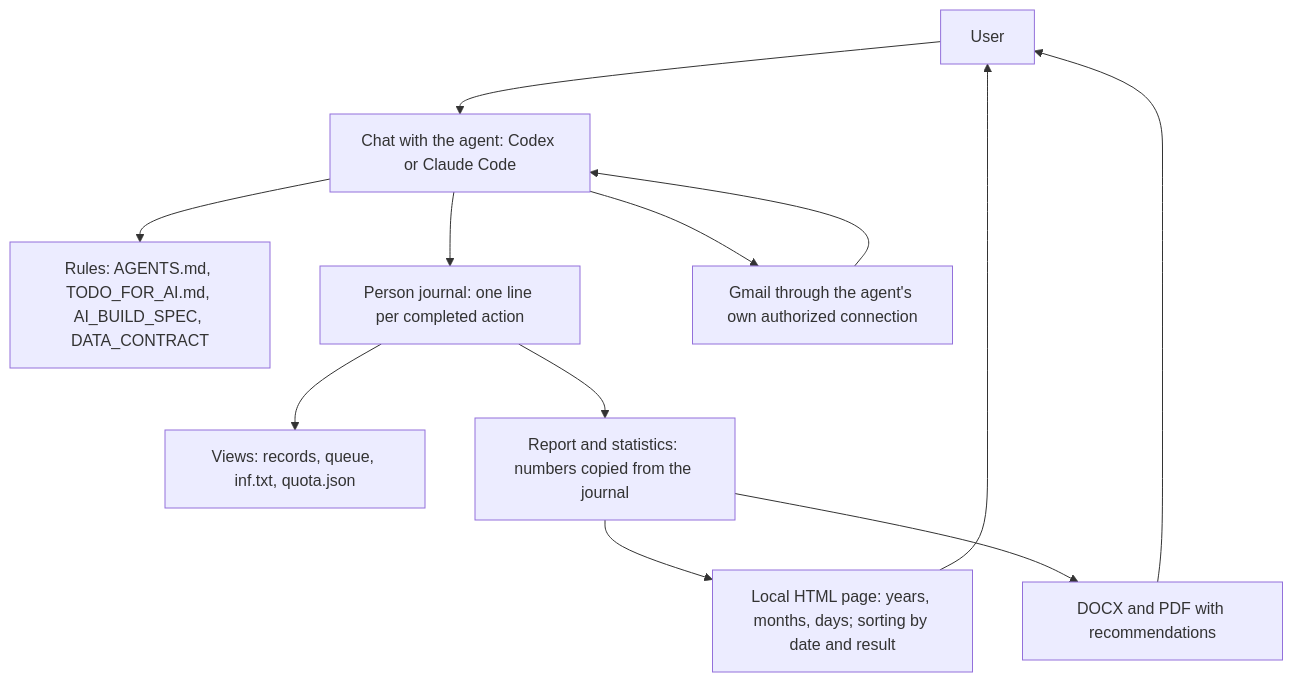
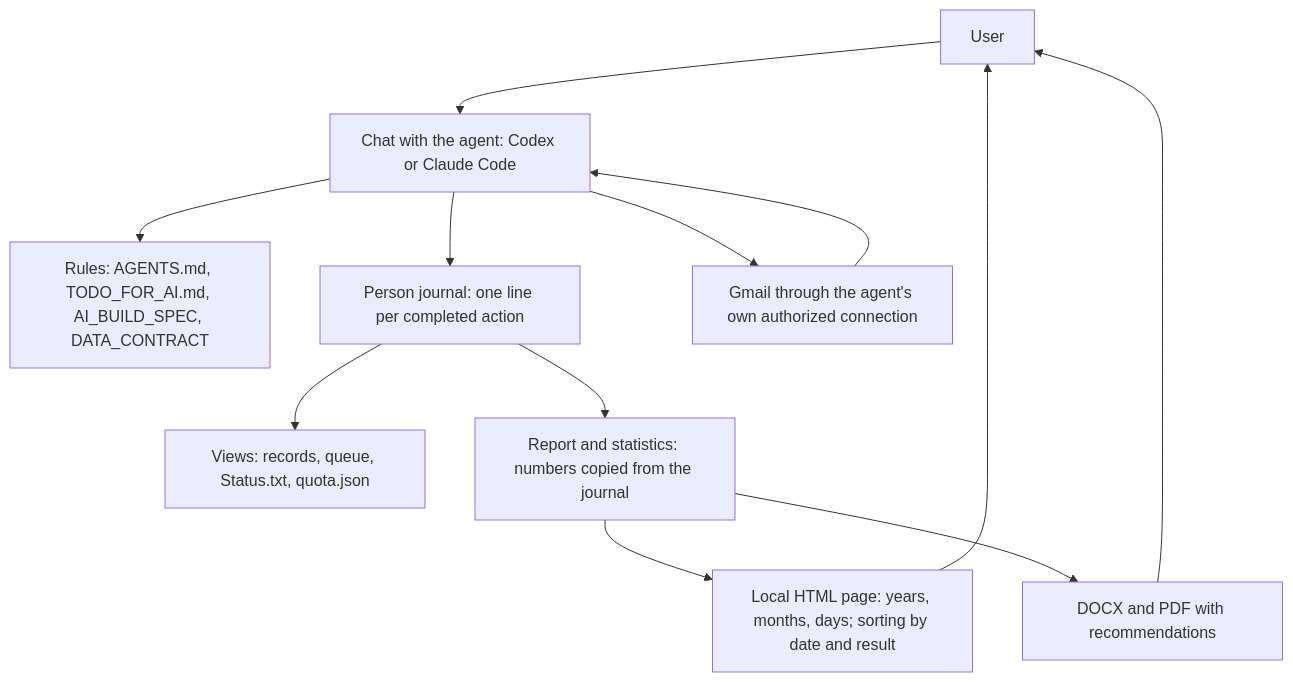
The diagram in ARCHITECTURE.md (HomenSAI/homensai-jobpilot), drawn with Mermaid before and after one commit. The commit also changed other lines of this file and 25 other files, not shown here.

````diff
--- a/ARCHITECTURE.md
+++ b/ARCHITECTURE.md
@@ -20,14 +20,14 @@
 ```mermaid
 flowchart TD
     U[User] --> A[Chat with the agent: Codex or Claude Code]
     A --> R[Rules: AGENTS.md, TODO_FOR_AI.md, AI_BUILD_SPEC, DATA_CONTRACT]
     A --> J[Person journal: one line per completed action]
-    J --> P[Views: records, queue, inf.txt, quota.json]
+    J --> P[Views: records, queue, Status.txt, quota.json]
     A --> M[Gmail through the agent's own authorized connection]
     M --> A
     J --> B[Report and statistics: numbers copied from the journal]
     B --> H[Local HTML page: years, months, days; sorting by date and result]
     B --> F[DOCX and PDF with recommendations]
     H --> U
     F --> U
 ```
````
